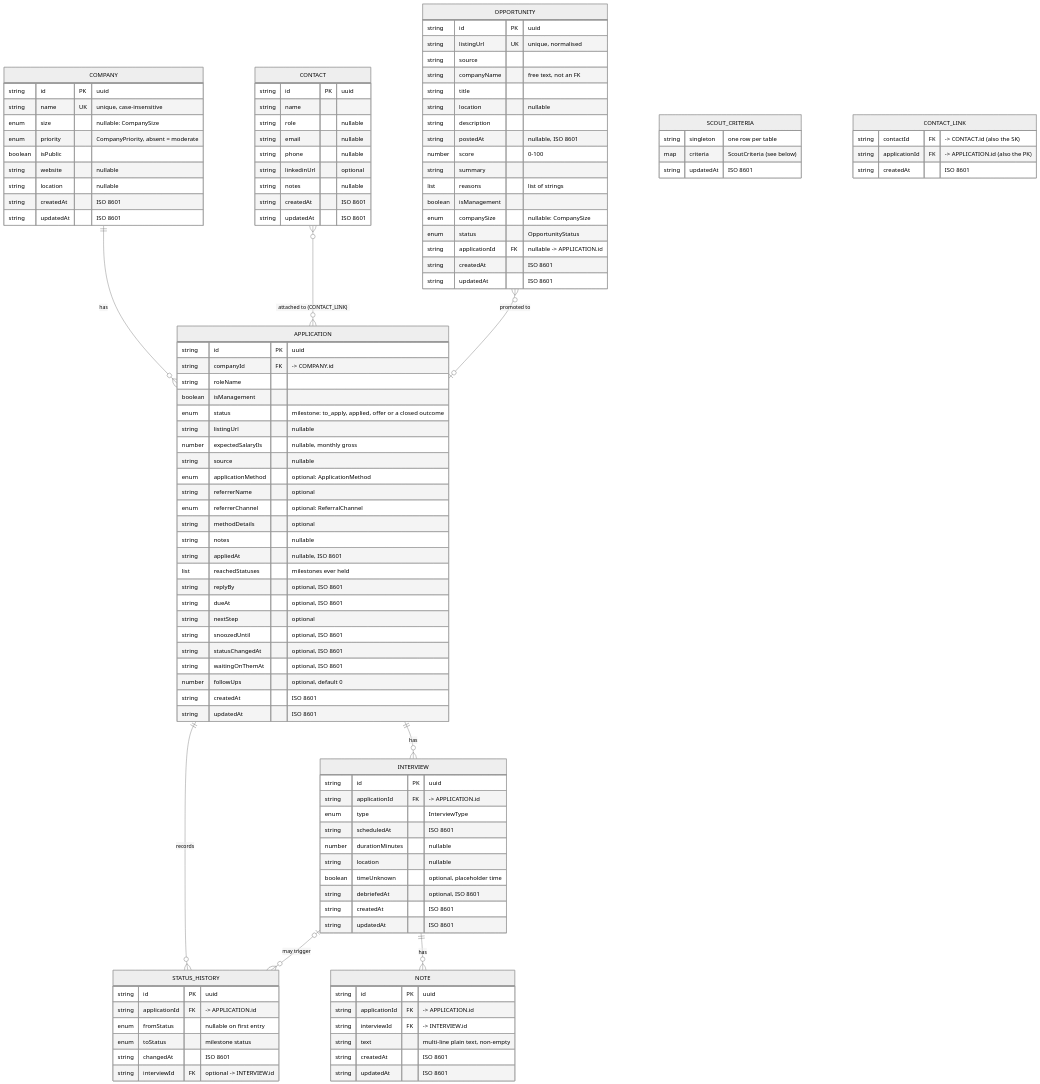
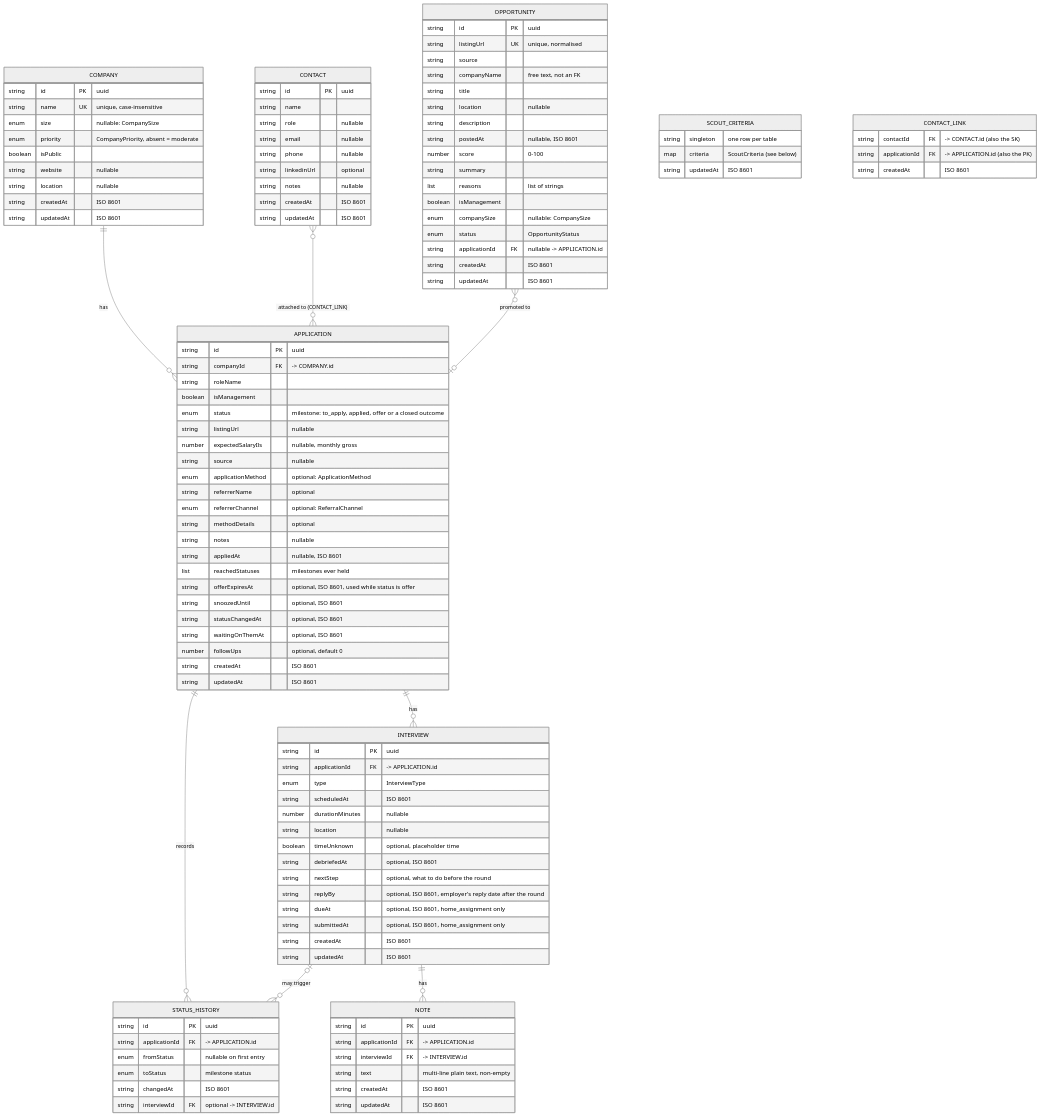
One commit to shayyzhakov/job-tracker changed the first of 2 diagrams in docs/DATA-MODEL.md. Above: the diagram before and after it, drawn with Mermaid (neutral theme). The commit also changed other lines of this file and 48 other files, not shown here.

```diff
--- a/docs/DATA-MODEL.md
+++ b/docs/DATA-MODEL.md
@@ -50,9 +50,7 @@
         string notes "nullable"
         string appliedAt "nullable, ISO 8601"
         list reachedStatuses "milestones ever held"
-        string replyBy "optional, ISO 8601"
-        string dueAt "optional, ISO 8601"
-        string nextStep "optional"
+        string offerExpiresAt "optional, ISO 8601, used while status is offer"
         string snoozedUntil "optional, ISO 8601"
         string statusChangedAt "optional, ISO 8601"
         string waitingOnThemAt "optional, ISO 8601"
@@ -88,6 +86,10 @@
         string location "nullable"
         boolean timeUnknown "optional, placeholder time"
         string debriefedAt "optional, ISO 8601"
+        string nextStep "optional, what to do before the round"
+        string replyBy "optional, ISO 8601, employer's reply date after the round"
+        string dueAt "optional, ISO 8601, home_assignment only"
+        string submittedAt "optional, ISO 8601, home_assignment only"
         string createdAt "ISO 8601"
         string updatedAt "ISO 8601"
     }
```
